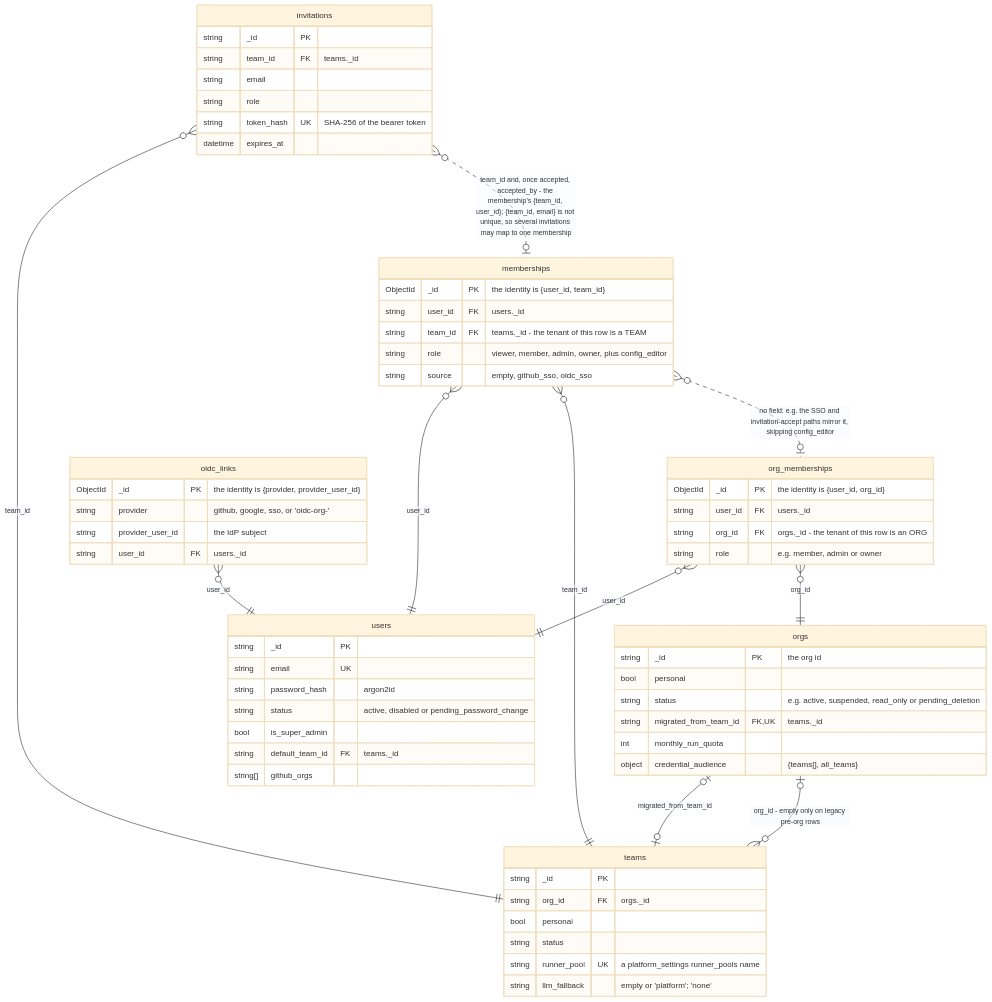
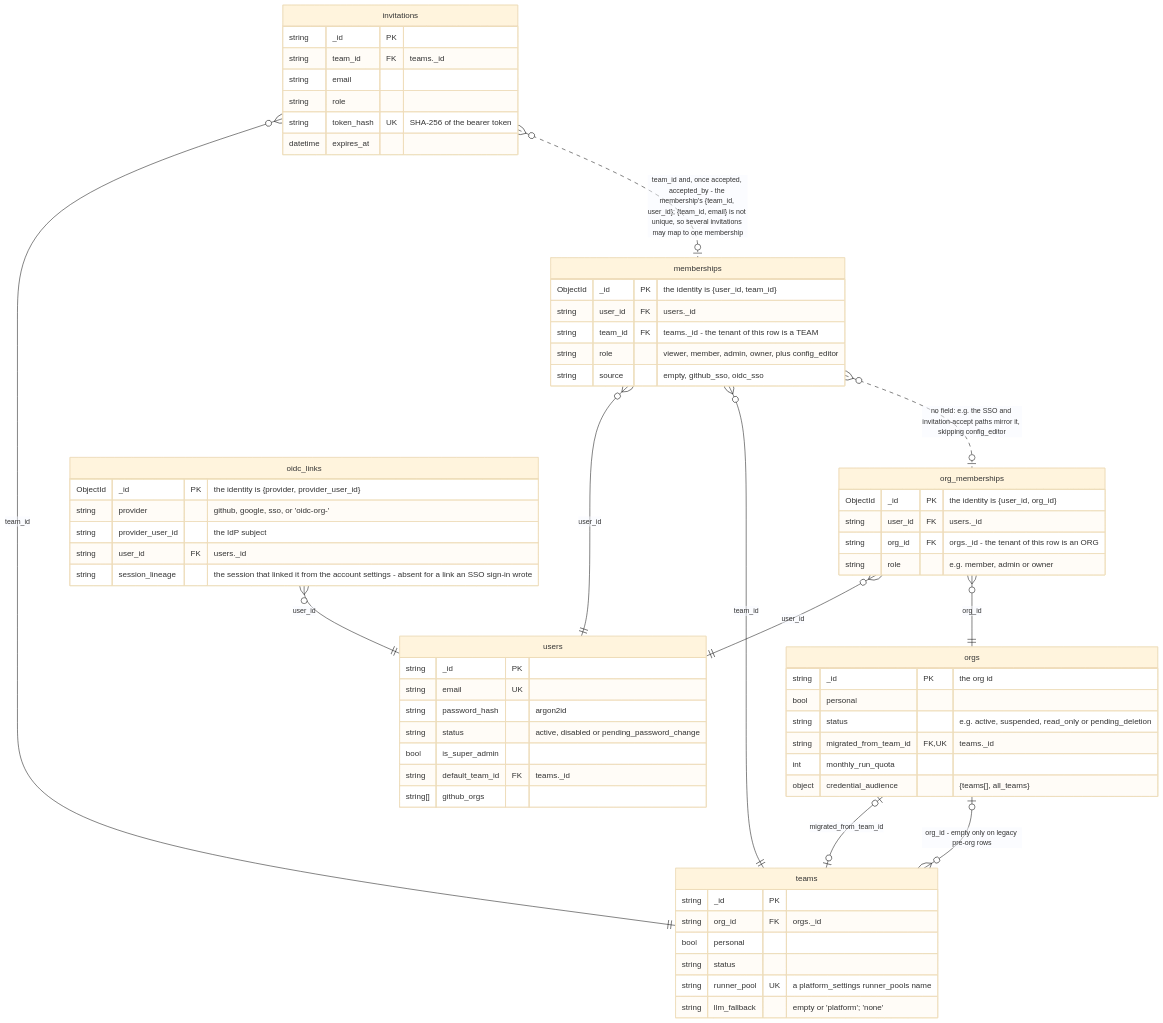
The first of 3 diagrams in docs/diagrams/data-model-identity.md (SocialGouv/iterion), drawn with Mermaid (base theme) before and after one commit. The commit also changed other lines of this file and 238 other files, not shown here.

````diff
--- a/docs/diagrams/data-model-identity.md
+++ b/docs/diagrams/data-model-identity.md
@@ -9,65 +9,66 @@
 ```mermaid
 erDiagram
     orgs {
         string _id PK "the org id"
         bool personal
         string status "e.g. active, suspended, read_only or pending_deletion"
         string migrated_from_team_id FK, UK "teams._id"
         int monthly_run_quota
         object credential_audience "{teams[], all_teams}"
     }
     teams {
         string _id PK
         string org_id FK "orgs._id"
         bool personal
         string status
         string runner_pool UK "a platform_settings runner_pools name"
         string llm_fallback "empty or 'platform'; 'none'"
     }
     users {
         string _id PK
         string email UK
         string password_hash "argon2id"
         string status "active, disabled or pending_password_change"
         bool is_super_admin
         string default_team_id FK "teams._id"
         string[] github_orgs
     }
     org_memberships {
         ObjectId _id PK "the identity is {user_id, org_id}"
         string user_id FK "users._id"
         string org_id FK "orgs._id - the tenant of this row is an ORG"
         string role "e.g. member, admin or owner"
     }
     memberships {
         ObjectId _id PK "the identity is {user_id, team_id}"
         string user_id FK "users._id"
         string team_id FK "teams._id - the tenant of this row is a TEAM"
         string role "viewer, member, admin, owner, plus config_editor"
         string source "empty, github_sso, oidc_sso"
     }
     invitations {
         string _id PK
         string team_id FK "teams._id"
         string email
         string role
         string token_hash UK "SHA-256 of the bearer token"
         datetime expires_at
     }
     oidc_links {
         ObjectId _id PK "the identity is {provider, provider_user_id}"
         string provider "github, google, sso, or 'oidc-org-<provider id>'"
         string provider_user_id "the IdP subject"
         string user_id FK "users._id"
+        string session_lineage "the session that linked it from the account settings - absent for a link an SSO sign-in wrote"
     }
     teams }o--o| orgs : "org_id - empty only on legacy pre-org rows"
     orgs |o--o| teams : "migrated_from_team_id"
     org_memberships }o--|| users : "user_id"
     org_memberships }o--|| orgs : "org_id"
     memberships }o--|| users : "user_id"
     memberships }o--|| teams : "team_id"
     memberships }o..o| org_memberships : "no field: e.g. the SSO and invitation-accept paths mirror it, skipping config_editor"
     invitations }o--|| teams : "team_id"
     invitations }o..o| memberships : "team_id and, once accepted, accepted_by - the membership's {team_id, user_id}; {team_id, email} is not unique, so several invitations may map to one membership"
     oidc_links }o--|| users : "user_id"
 ```
````
